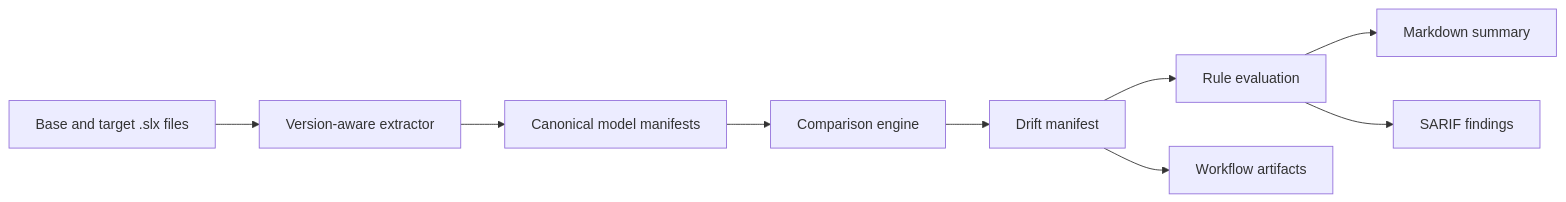
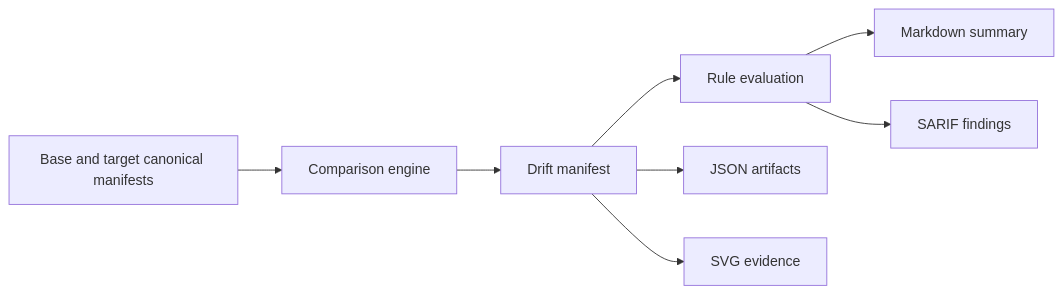
One commit to actions-marketplace-validations/samueltauil_simulink-model-diff changed the diagram in README.md. Above: the diagram before and after it, drawn with Mermaid. The commit also changed other lines of this file and 35 other files, not shown here.

First line of the commit message:
Release Simulink model drift analyzer 0.2.0

````diff
--- a/README.md
+++ b/README.md
@@ -17,11 +76,10 @@
 ```mermaid
 flowchart LR
-    A[Base and target .slx files] --> B[Version-aware extractor]
-    B --> C[Canonical model manifests]
-    C --> D[Comparison engine]
-    D --> E[Drift manifest]
-    E --> F[Rule evaluation]
-    F --> G[Markdown summary]
-    F --> H[SARIF findings]
-    E --> I[Workflow artifacts]
+    A[Base and target canonical manifests] --> B[Comparison engine]
+    B --> C[Drift manifest]
+    C --> D[Rule evaluation]
+    D --> E[Markdown summary]
+    D --> F[SARIF findings]
+    C --> G[JSON artifacts]
+    C --> H[SVG evidence]
 ```
````
